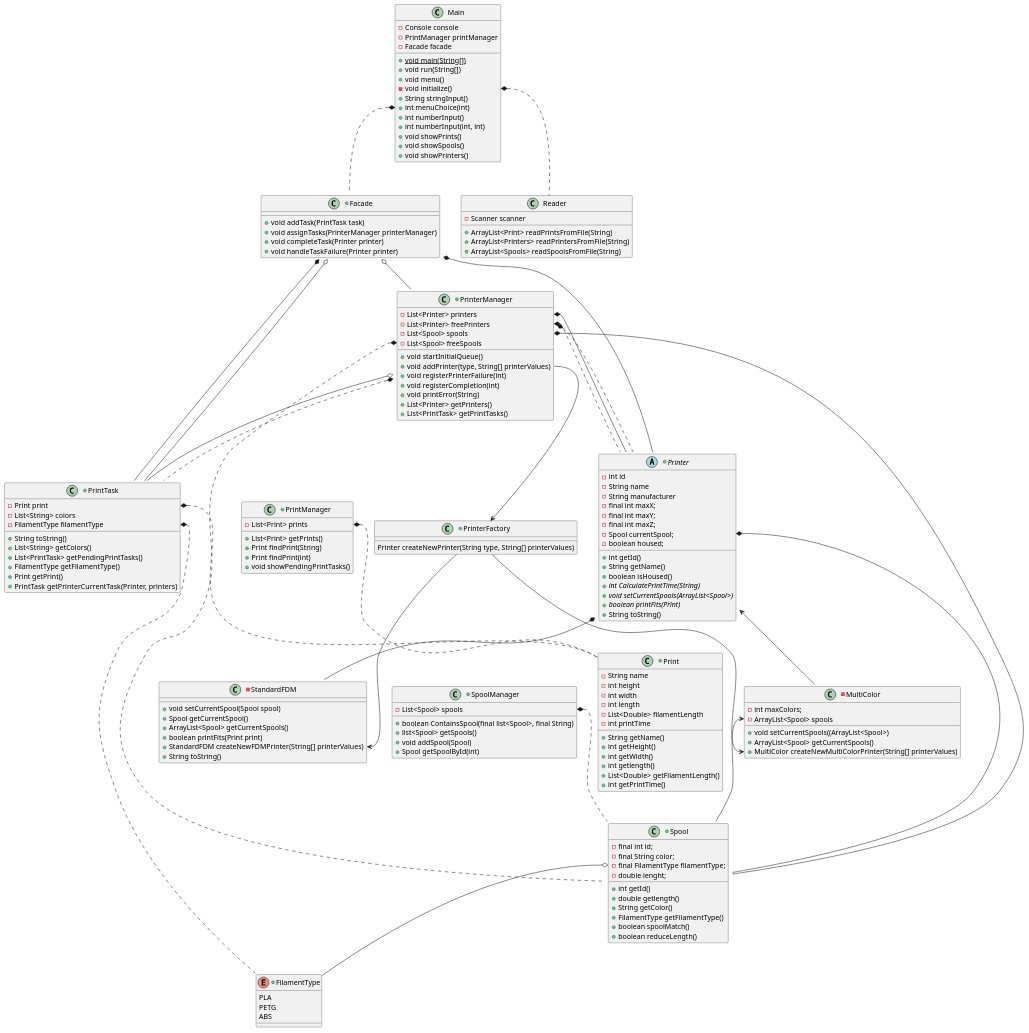
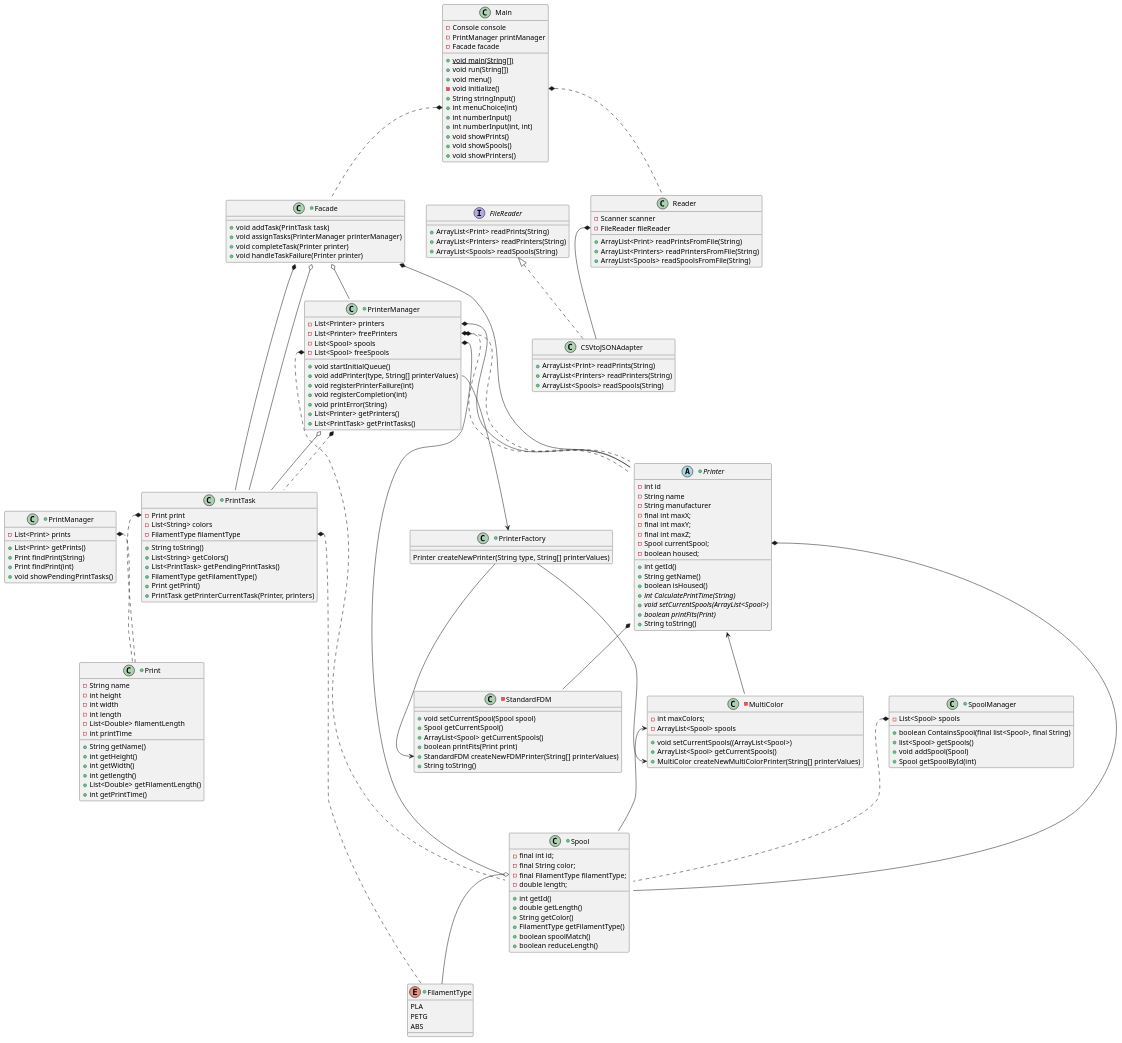
One commit to mhountsword/SysteemOntwerp changed the diagram in 3dprintscheduler-main/docs/diagrams/NewClassDiagram.puml. Above: the diagram before and after it, drawn with PlantUML. The commit also changed 14 other files, not shown here.

```diff
--- a/3dprintscheduler-main/docs/diagrams/NewClassDiagram.puml
+++ b/3dprintscheduler-main/docs/diagrams/NewClassDiagram.puml
@@ -1,185 +1,198 @@
 @startuml
 'https://plantuml.com/class-diagram
 
 class Main {
 -Console console
 -PrintManager printManager
 -Facade facade
 +{static}void main(String[])
 +void run(String[])
 +void menu()
 -void initialize()
 +String stringInput()
 +int menuChoice(int)
 +int numberInput()
 +int numberInput(int, int)
 +void showPrints()
 +void showSpools()
 +void showPrinters()
 }
 
+interface FileReader {
+    +ArrayList<Print> readPrints(String)
+    +ArrayList<Printers> readPrinters(String)
+    +ArrayList<Spools> readSpools(String)
+}
+
+class CSVtoJSONAdapter implements FileReader {
+    +ArrayList<Print> readPrints(String)
+    +ArrayList<Printers> readPrinters(String)
+    +ArrayList<Spools> readSpools(String)
+}
+
 class Reader {
 -Scanner scanner
 +ArrayList<Print> readPrintsFromFile(String)
 +ArrayList<Printers> readPrintersFromFile(String)
 +ArrayList<Spools> readSpoolsFromFile(String)
+-FileReader fileReader
 }
+
+Reader::fileReader *-- CSVtoJSONAdapter
 
 Main::menuChoice *.. Facade
 Main::initialize *.. Reader
 
 +class PrinterManager{
 -List<Printer> printers
 -List<Printer> freePrinters
 -List<Spool> spools
 -List<Spool> freeSpools
 +void startInitialQueue()
 +void addPrinter(type, String[] printerValues)
 +void registerPrinterFailure(int)
 +void registerCompletion(int)
 +void printError(String)
 +List<Printer> getPrinters()
 +List<PrintTask> getPrintTasks()
 }
 PrinterManager::printers *-- Printer
 PrinterManager::freePrinters *.. Printer
 PrinterManager::pendingPrintTasks o-- PrintTask
 PrinterManager::spools *-- Spool
 PrinterManager::freeSpools *.. Spool
 PrinterManager::runningPrintTask *.. Printer
 PrinterManager::runningPrintTask *.. PrintTask
 
 +class Facade{
     + void addTask(PrintTask task)
     + void assignTasks(PrinterManager printerManager)
     + void completeTask(Printer printer)
     + void handleTaskFailure(Printer printer)
 }
 Facade::runningTasks *-- Printer
 Facade::runningTasks *-- PrintTask
 Facade o-- PrinterManager
 Facade o-- PrintTask
 
 +class PrintManager{
 -List<Print> prints
 +List<Print> getPrints()
 +Print findPrint(String)
 +Print findPrint(int)
 +void showPendingPrintTasks()
 }
 PrintManager::prints *.. Print
 
 
 +class SpoolManager{
 -List<Spool> spools
 +boolean ContainsSpool(final list<Spool>, final String)
 +list<Spool> getSpools()
 +void addSpool(Spool)
 +Spool getSpoolById(int)
 }
 
 SpoolManager::spools *.. Spool
 
 +class PrintTask{
 -Print print
 -List<String> colors
 -FilamentType filamentType
 +String toString()
 +List<String> getColors()
 +List<PrintTask> getPendingPrintTasks()
 +FilamentType getFilamentType()
 +Print getPrint()
 +PrintTask getPrinterCurrentTask(Printer, printers)
 }
 
 PrintTask::print *.. Print
 PrintTask::filamentType *.. FilamentType
 
 +enum FilamentType{
     PLA
     PETG
     ABS
 }
 
 +abstract class Printer{
 - int id
 -String name
 -String manufacturer
 + int getId()
 + String getName()
 - final int maxX;
 - final int maxY;
 - final int maxZ;
 - Spool currentSpool;
 - boolean housed;
 + boolean isHoused()
 + {abstract} int CalculatePrintTime(String)
 + {abstract} void setCurrentSpools(ArrayList<Spool>)
 + {abstract} boolean printFits(Print)
 +String toString()
 
 }
 Printer::currentSpool *-- Spool
 
 +class Print{
 -String name
 - int height
 - int width
 - int length
 - List<Double> filamentLength
 - int printTime
 + String getName()
 + int getHeight()
 + int getWidth()
 + int getlength()
 + List<Double> getFilamentLength()
 + int getPrintTime()
 }
 
 +class Spool{
 - final int id;
 - final String color;
 - final FilamentType filamentType;
--double lenght;
+-double length;
 +int getId()
-+double getlength()
++double getLength()
 +String getColor()
 +FilamentType getFilamentType()
 + boolean spoolMatch()
 +boolean reduceLength()
 }
 
 Spool::filamentType o-- FilamentType
 
 
 -class StandardFDM{
 +void setCurrentSpool(Spool spool)
 +Spool getCurrentSpool()
 +ArrayList<Spool> getCurrentSpools()
 +boolean printFits(Print print)
 +StandardFDM createNewFDMPrinter(String[] printerValues)
 +String toString()
 }
 
 Printer *-- StandardFDM
 
 -class MultiColor{
 - int maxColors;
 - ArrayList<Spool> spools
 +void setCurrentSpools((ArrayList<Spool>)
 +ArrayList<Spool> getCurrentSpools()
 +MultiColor createNewMultiColorPrinter(String[] printerValues)
 }
 Printer <-- MultiColor
 MultiColor::spools <-- Spool
 
 +class PrinterFactory{
 Printer createNewPrinter(String type, String[] printerValues)
 }
 PrinterManager::addPrinter --> PrinterFactory
 PrinterFactory --> StandardFDM::createNewFDMPrinter
 PrinterFactory --> MultiColor::createNewMultiColorPrinter
 
-
-
 @enduml
```
